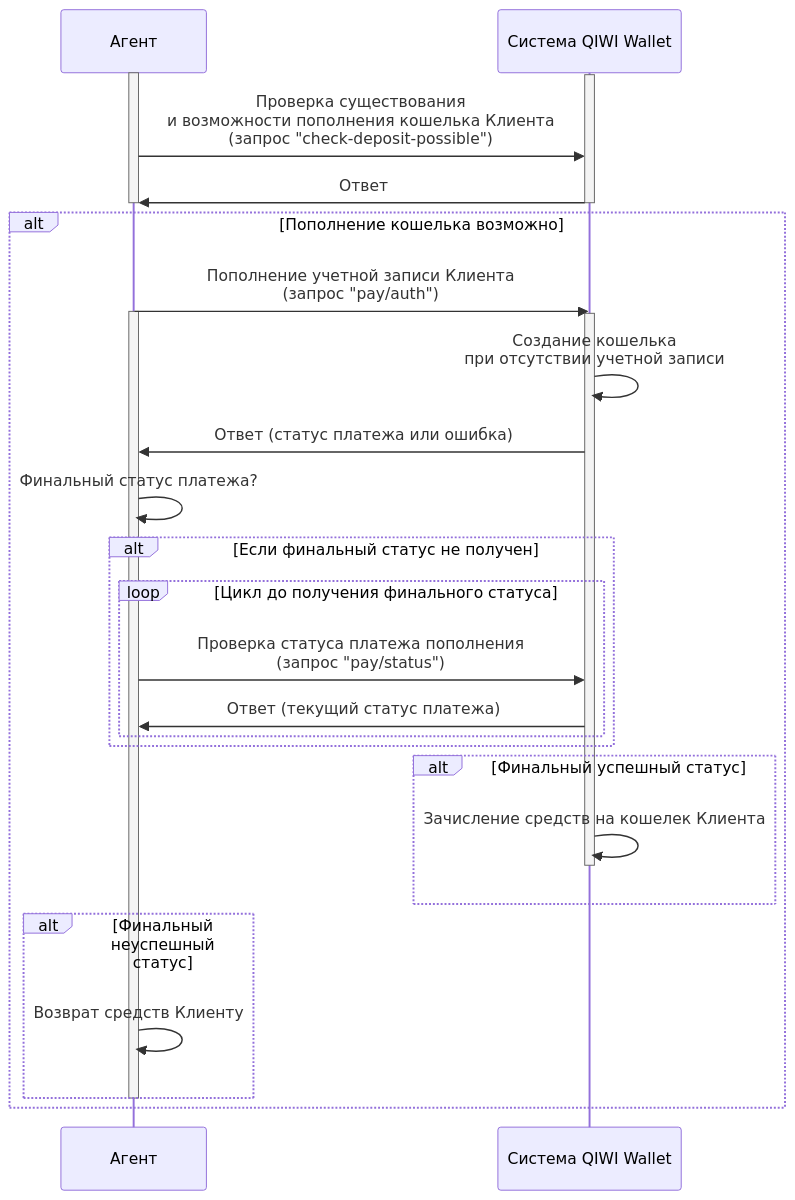
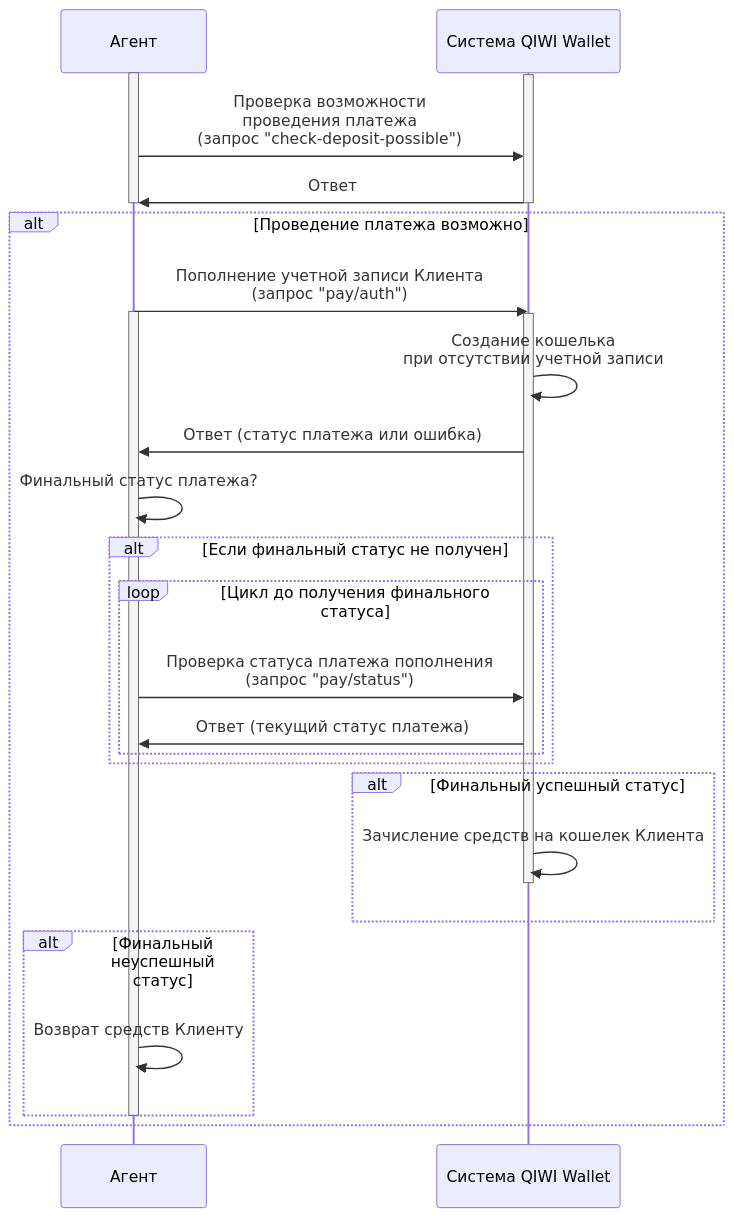
Before and after one commit to QIWI-API/topup-wallet-docs: the diagram in topup-wallet_ru.html.md, drawn with Mermaid. The commit also changed other lines of this file and 13 other files, not shown here.

```diff
--- a/topup-wallet_ru.html.md
+++ b/topup-wallet_ru.html.md
@@ -80,33 +80,33 @@
 <div class="mermaid">
 sequenceDiagram
 participant Agent as Агент
 participant qb as Система QIWI Wallet
 activate Agent  
 activate qb  
-Agent->>qb:Проверка существования<br>и возможности пополнения кошелька Клиента<br>(запрос "check-deposit-possible")
+Agent->>qb:Проверка возможности<br>проведения платежа<br>(запрос "check-deposit-possible")
 qb->>Agent:Ответ
 deactivate Agent 
 deactivate qb
-alt Пополнение кошелька возможно
+alt Проведение платежа возможно
 Agent->>qb:Пополнение учетной записи Клиента<br>(запрос "pay/auth")
 activate Agent  
 activate qb  
 qb->>qb:Создание кошелька <br>при отсутствии учетной записи
 qb->>Agent:Ответ (статус платежа или ошибка)
 Agent->>Agent:Финальный статус платежа?
 alt Если финальный статус не получен
 loop Цикл до получения финального статуса
 Agent->>qb:Проверка статуса платежа пополнения<br>(запрос "pay/status")
 qb->>Agent:Ответ (текущий статус платежа)
 end
 end
 alt Финальный успешный статус
 qb->>qb:Зачисление средств на кошелек Клиента
 deactivate qb
 end
 alt Финальный неуспешный статус
 Agent->>Agent:Возврат средств Клиенту
 end
 deactivate Agent
 end
 </div>
```
